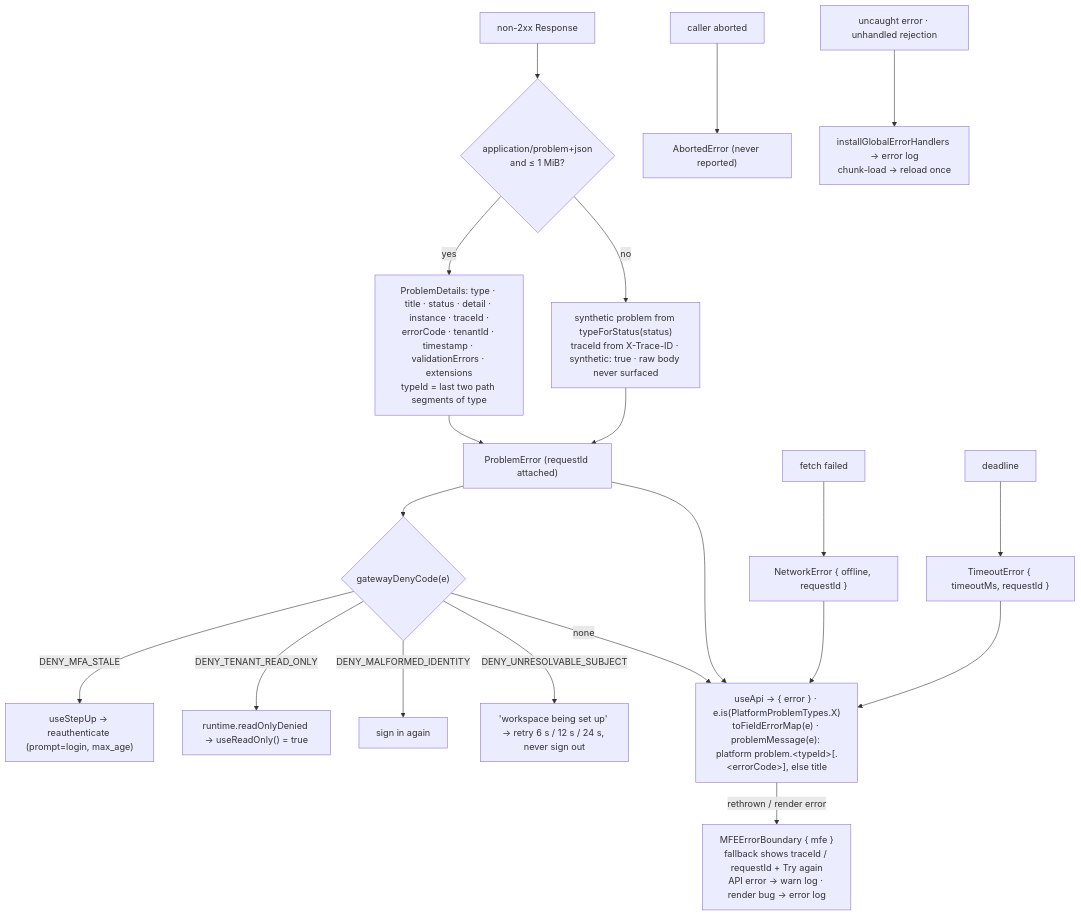
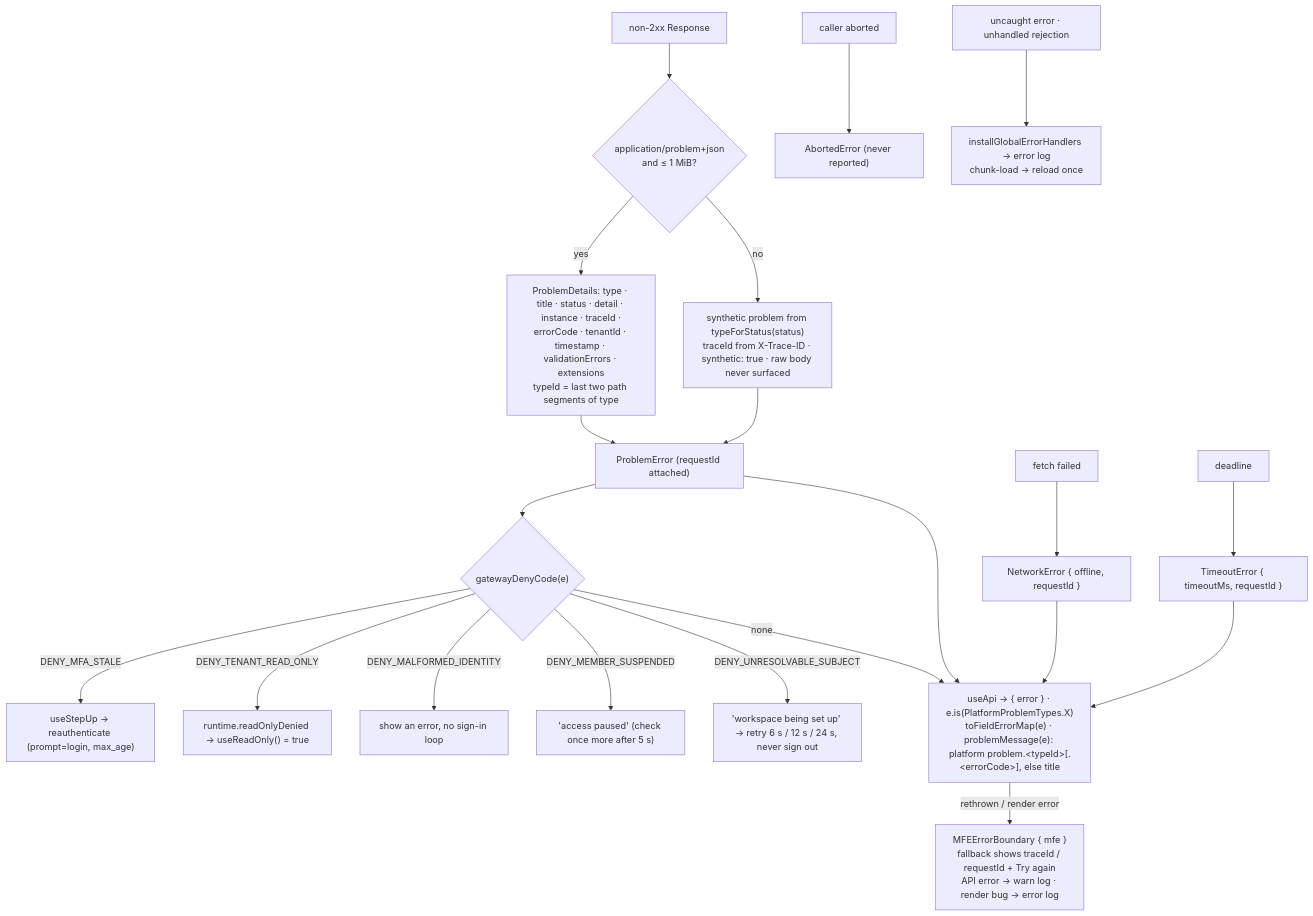
One commit to BCBP-SOLUTIONS-FZC-LLC/platform-reactcommon changed the tenth of 21 diagrams in ARCHITECTURE.md. Above: the diagram before and after it, drawn with Mermaid. The commit also changed other lines of this file and 47 other files, not shown here.

First line of the commit message:
feat(auth,problem): re-check trial workspaces with PUB-1, deny codes from api/deny-codes.json, switchWorkspace prompt (#60)

````diff
--- a/ARCHITECTURE.md
+++ b/ARCHITECTURE.md
@@ -521,24 +524,25 @@
 ```mermaid
 flowchart TD
     resp["non-2xx Response"] --> parse{"application/problem+json<br/>and ≤ 1 MiB?"}
     parse -->|yes| pd["ProblemDetails: type · title · status · detail · instance · traceId ·<br/>errorCode · tenantId · timestamp · validationErrors · extensions<br/>typeId = last two path segments of type"]
     parse -->|no| syn["synthetic problem from typeForStatus(status)<br/>traceId from X-Trace-ID · synthetic: true · raw body never surfaced"]
     pd --> pe["ProblemError (requestId attached)"]
     syn --> pe
     net["fetch failed"] --> ne["NetworkError { offline, requestId }"]
     to["deadline"] --> te["TimeoutError { timeoutMs, requestId }"]
     ab["caller aborted"] --> ae["AbortedError (never reported)"]
 
     pe --> deny{"gatewayDenyCode(e)"}
     deny -->|DENY_MFA_STALE| stepup["useStepUp → reauthenticate (prompt=login, max_age)"]
     deny -->|DENY_TENANT_READ_ONLY| ro["runtime.readOnlyDenied → useReadOnly() = true"]
-    deny -->|DENY_MALFORMED_IDENTITY| again["sign in again"]
+    deny -->|DENY_MALFORMED_IDENTITY| again["show an error, no sign-in loop"]
+    deny -->|DENY_MEMBER_SUSPENDED| paused["'access paused' (check once more after 5 s)"]
     deny -->|DENY_UNRESOLVABLE_SUBJECT| setup["'workspace being set up' → retry 6 s / 12 s / 24 s, never sign out"]
     deny -->|none| ui
 
     pe --> ui["useApi → { error } · e.is(PlatformProblemTypes.X)<br/>toFieldErrorMap(e) · problemMessage(e): platform problem.&lt;typeId&gt;[.&lt;errorCode&gt;], else title"]
     ne --> ui
     te --> ui
     ui -->|"rethrown / render error"| mb["MFEErrorBoundary { mfe }<br/>fallback shows traceId / requestId + Try again<br/>API error → warn log · render bug → error log"]
     other["uncaught error · unhandled rejection"] --> gh["installGlobalErrorHandlers → error log<br/>chunk-load → reload once"]
 ```
````
